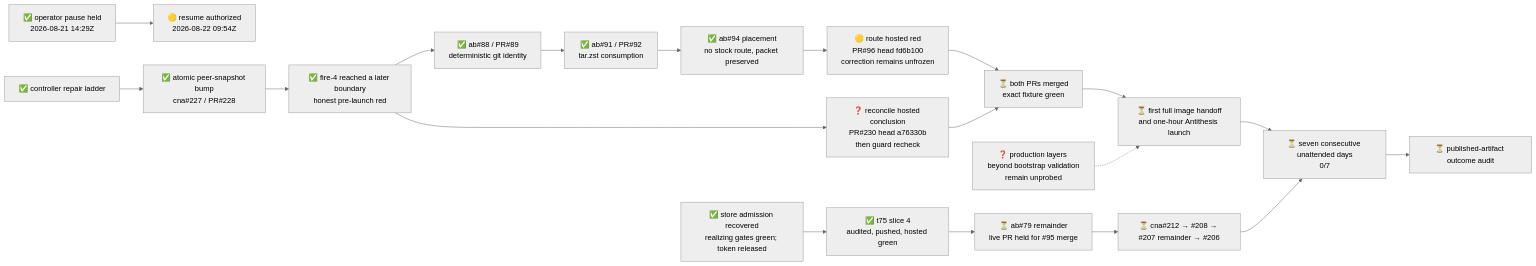
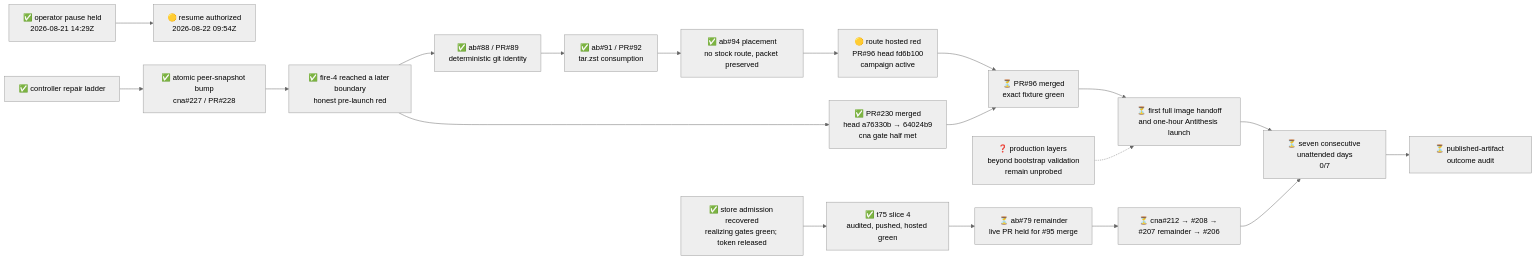
One commit to cardano-foundation/cardano-node-antithesis changed the diagram in .milestones/2/state.md. Above: the diagram before and after it, drawn with Mermaid (neutral theme). The commit also changed other lines of this file and 6 other files, not shown here.

````diff
--- a/.milestones/2/state.md
+++ b/.milestones/2/state.md
@@ -13,17 +12,17 @@
 ```mermaid
 flowchart LR
     pause["✅ operator pause held<br/>2026-08-21 14:29Z"] --> resume["🟡 resume authorized<br/>2026-08-22 09:54Z"]
     ladder["✅ controller repair ladder"] --> atomic["✅ atomic peer-snapshot bump<br/>cna#227 / PR#228"]
     atomic --> fire4["✅ fire-4 reached a later boundary<br/>honest pre-launch red"]
-    fire4 --> observe["❓ reconcile hosted conclusion<br/>PR#230 head a76330b<br/>then guard recheck"]
+    fire4 --> observe["✅ PR#230 merged<br/>head a76330b → 64024b9<br/>cna gate half met"]
     fire4 --> gitinfo["✅ ab#88 / PR#89<br/>deterministic git identity"]
     gitinfo --> archives["✅ ab#91 / PR#92<br/>tar.zst consumption"]
     archives --> noroute["✅ ab#94 placement<br/>no stock route, packet preserved"]
-    noroute --> patch95["🟡 route hosted red<br/>PR#96 head fd6b100<br/>correction remains unfrozen"] --> fire5["⏳ both PRs merged<br/>exact fixture green"]
+    noroute --> patch95["🟡 route hosted red<br/>PR#96 head fd6b100<br/>campaign active"] --> fire5["⏳ PR#96 merged<br/>exact fixture green"]
     observe --> fire5
     fire5 --> launch["⏳ first full image handoff<br/>and one-hour Antithesis launch"]
     launch --> streak["⏳ seven consecutive unattended days<br/>0/7"] --> audit["⏳ published-artifact outcome audit"]
     capacity["✅ store admission recovered<br/>realizing gates green; token released"] --> t75["✅ t75 slice 4<br/>audited, pushed, hosted green"]
     t75 --> handoff79["⏳ ab#79 remainder<br/>live PR held for #95 merge"] --> hardening["⏳ cna#212 → #208 → #207 remainder → #206"] --> streak
     unknown["❓ production layers beyond bootstrap validation<br/>remain unprobed"] -.-> launch
 ```
````
